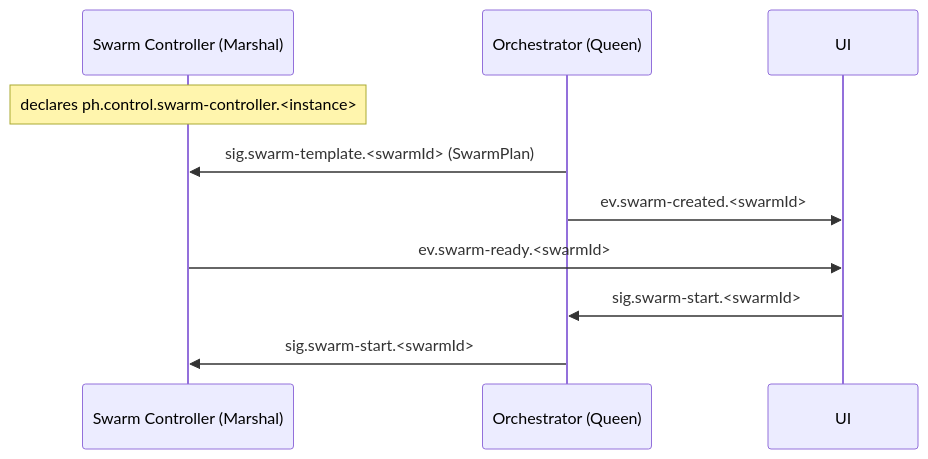
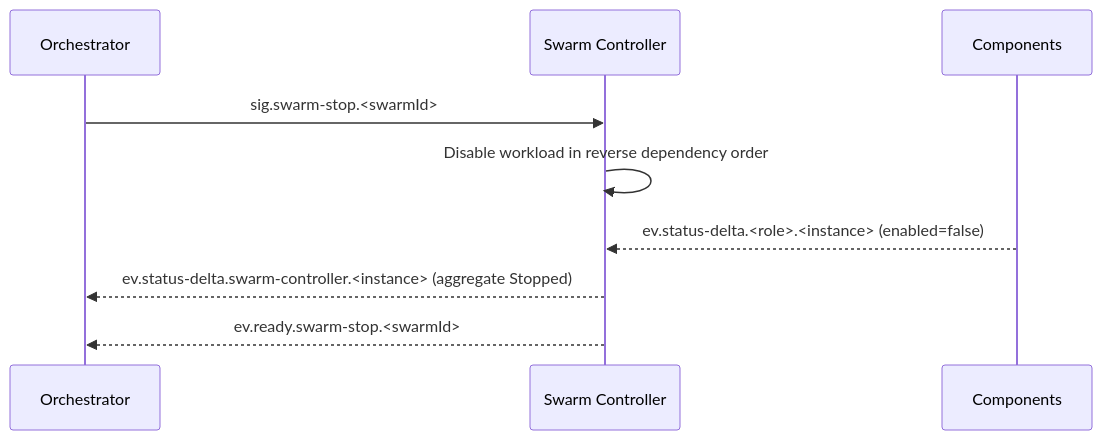
One commit to sepa79/PocketHive changed the fourth of 6 diagrams in docs/ARCHITECTURE.md. Above: the diagram before and after it, drawn with Mermaid. The commit also changed other lines of this file and 5 other files, not shown here.

````diff
--- a/docs/ARCHITECTURE.md
+++ b/docs/ARCHITECTURE.md
@@ -136,13 +188,12 @@
 ```mermaid
 sequenceDiagram
-  participant MSH as Swarm Controller (Marshal)
-  participant QN as Orchestrator (Queen)
+  participant QN as Orchestrator
+  participant MSH as Swarm Controller
+  participant CMP as Components
 
-  Note over MSH: declares ph.control.swarm-controller.<instance>
-  QN->>MSH: sig.swarm-template.<swarmId> (SwarmPlan)
-  QN->>UI: ev.swarm-created.<swarmId>
-  MSH->>UI: ev.swarm-ready.<swarmId>
-  UI->>QN: sig.swarm-start.<swarmId>
-  QN->>MSH: sig.swarm-start.<swarmId>
-
+  QN->>MSH: sig.swarm-stop.<swarmId>
+  MSH->>MSH: Disable workload in reverse dependency order
+  CMP-->>MSH: ev.status-delta.<role>.<instance> (enabled=false)
+  MSH-->>QN: ev.status-delta.swarm-controller.<instance> (aggregate Stopped)
+  MSH-->>QN: ev.ready.swarm-stop.<swarmId>
 ```
````
